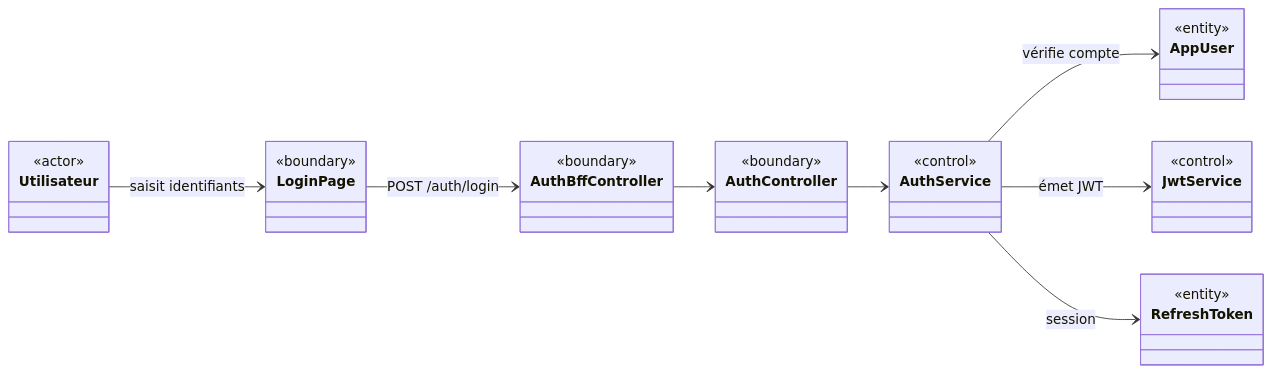
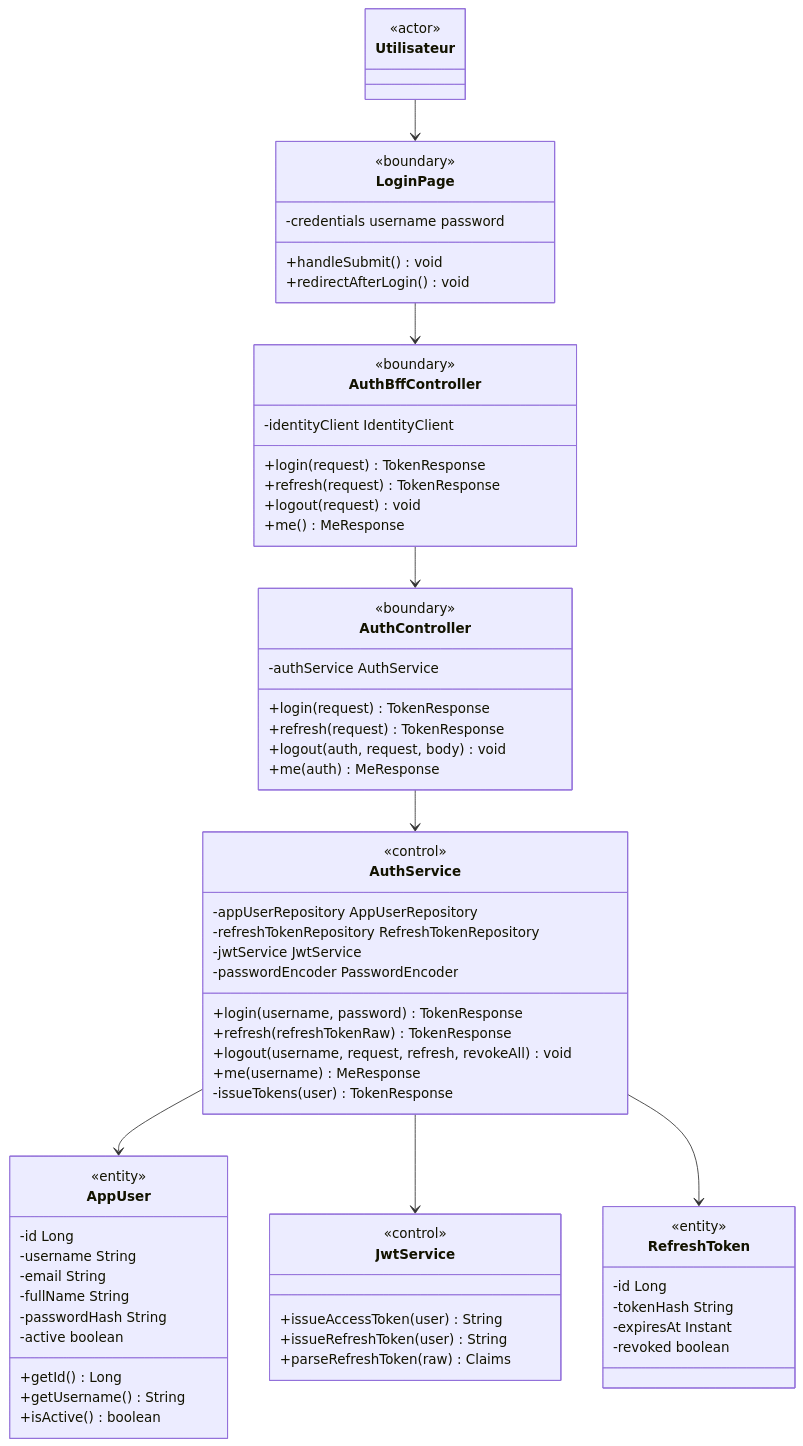
One commit to MechackKasongo/afya changed the second of 20 diagrams in docs/MERMAID_MEMOIRE_AFYA.md. Above: the diagram before and after it, drawn with Mermaid. The commit also changed other lines of this file and 11 other files, not shown here.

Commit message:
docs: diagrammes UML avec attributs et méthodes

````diff
--- a/docs/MERMAID_MEMOIRE_AFYA.md
+++ b/docs/MERMAID_MEMOIRE_AFYA.md
@@ -89,36 +124,74 @@
 ```mermaid
 classDiagram
-  direction LR
+  direction TB
   class Utilisateur {
     <<actor>>
   }
   class LoginPage {
     <<boundary>>
+    -credentials username password
+    +handleSubmit() void
+    +redirectAfterLogin() void
   }
   class AuthBffController {
     <<boundary>>
+    -identityClient IdentityClient
+    +login(request) TokenResponse
+    +refresh(request) TokenResponse
+    +logout(request) void
+    +me() MeResponse
   }
   class AuthController {
     <<boundary>>
+    -authService AuthService
+    +login(request) TokenResponse
+    +refresh(request) TokenResponse
+    +logout(auth, request, body) void
+    +me(auth) MeResponse
   }
   class AuthService {
     <<control>>
+    -appUserRepository AppUserRepository
+    -refreshTokenRepository RefreshTokenRepository
+    -jwtService JwtService
+    -passwordEncoder PasswordEncoder
+    +login(username, password) TokenResponse
+    +refresh(refreshTokenRaw) TokenResponse
+    +logout(username, request, refresh, revokeAll) void
+    +me(username) MeResponse
+    -issueTokens(user) TokenResponse
   }
   class JwtService {
     <<control>>
+    +issueAccessToken(user) String
+    +issueRefreshToken(user) String
+    +parseRefreshToken(raw) Claims
   }
   class AppUser {
     <<entity>>
+    -id Long
+    -username String
+    -email String
+    -fullName String
+    -passwordHash String
+    -active boolean
+    +getId() Long
+    +getUsername() String
+    +isActive() boolean
   }
   class RefreshToken {
     <<entity>>
+    -id Long
+    -tokenHash String
+    -expiresAt Instant
+    -revoked boolean
   }
 
-  Utilisateur --> LoginPage : saisit identifiants
-  LoginPage --> AuthBffController : POST /auth/login
+  Utilisateur --> LoginPage
+  LoginPage --> AuthBffController
   AuthBffController --> AuthController
   AuthController --> AuthService
-  AuthService --> AppUser : vérifie compte
-  AuthService --> JwtService : émet JWT
-  AuthService --> RefreshToken : session
+  AuthService --> AppUser
+  AuthService --> JwtService
+  AuthService --> RefreshToken
 ```
````
